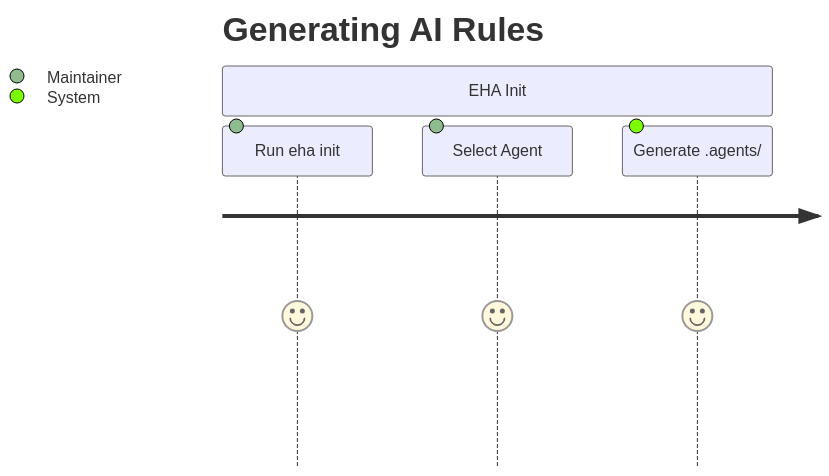
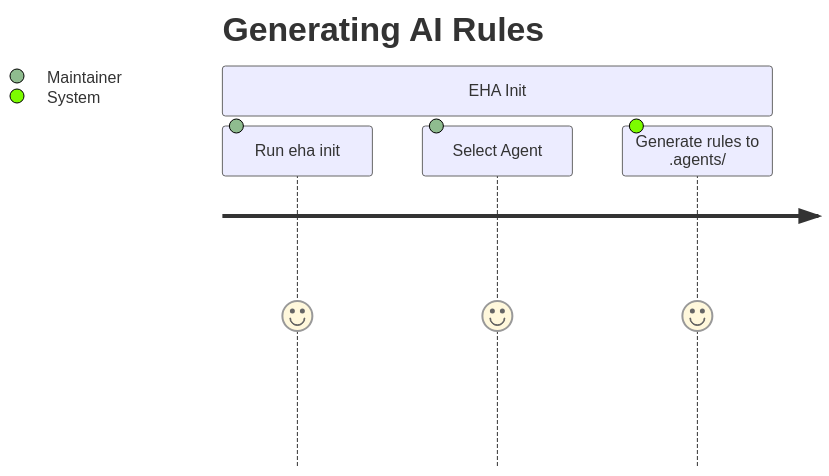
Before and after one commit to SallMarta/eye-hate-agent: the first of 2 diagrams in docs/project-docs/foundation/prd.md, drawn with Mermaid. The commit also changed other lines of this file and 7 other files, not shown here.

````diff
--- a/docs/project-docs/foundation/prd.md
+++ b/docs/project-docs/foundation/prd.md
@@ -45,8 +55,8 @@
 ```mermaid
 journey
     title Generating AI Rules
     section EHA Init
       Run eha init: 5: Maintainer
       Select Agent: 5: Maintainer
-      Generate .agents/: 5: System
+      Generate rules to .agents/: 5: System
 ```
````
